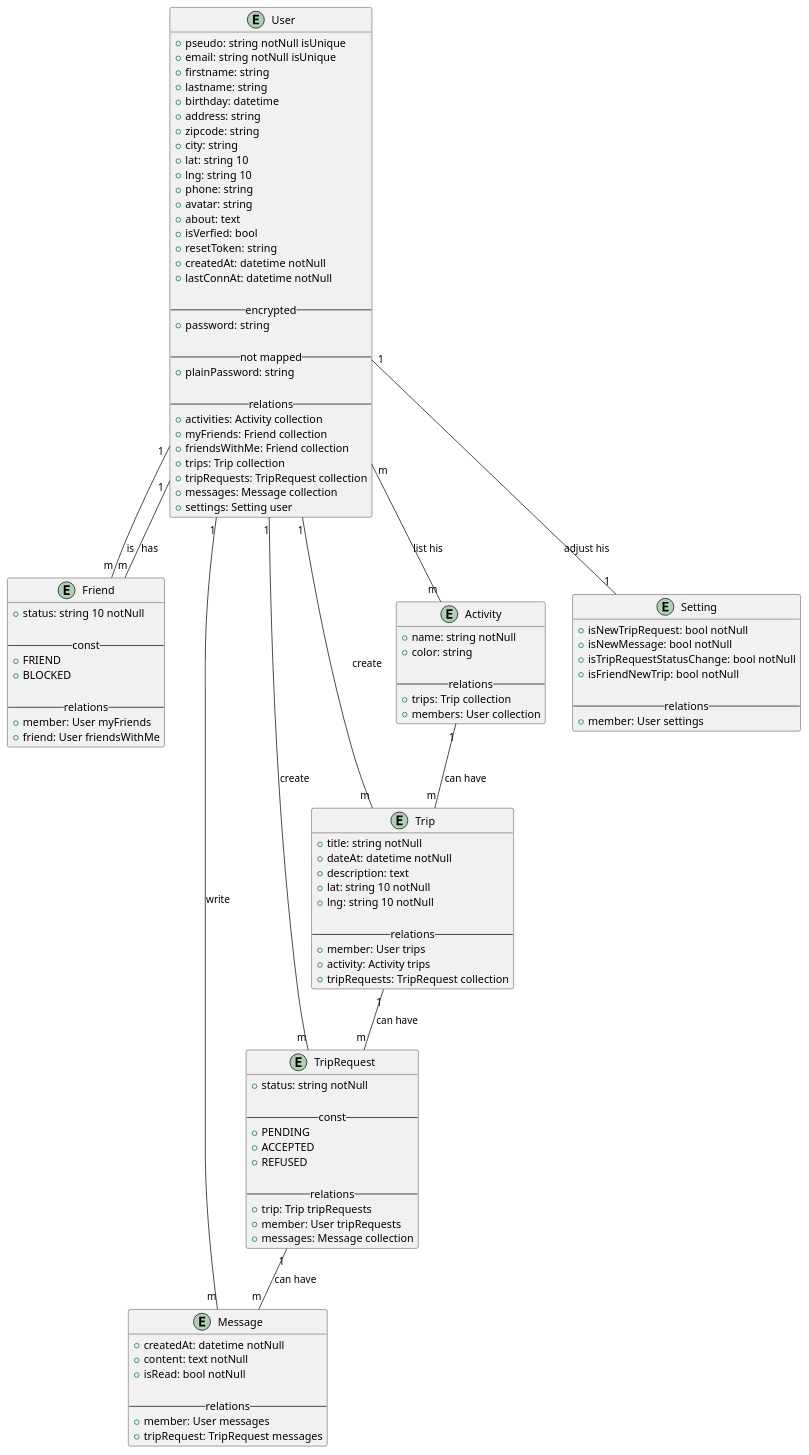
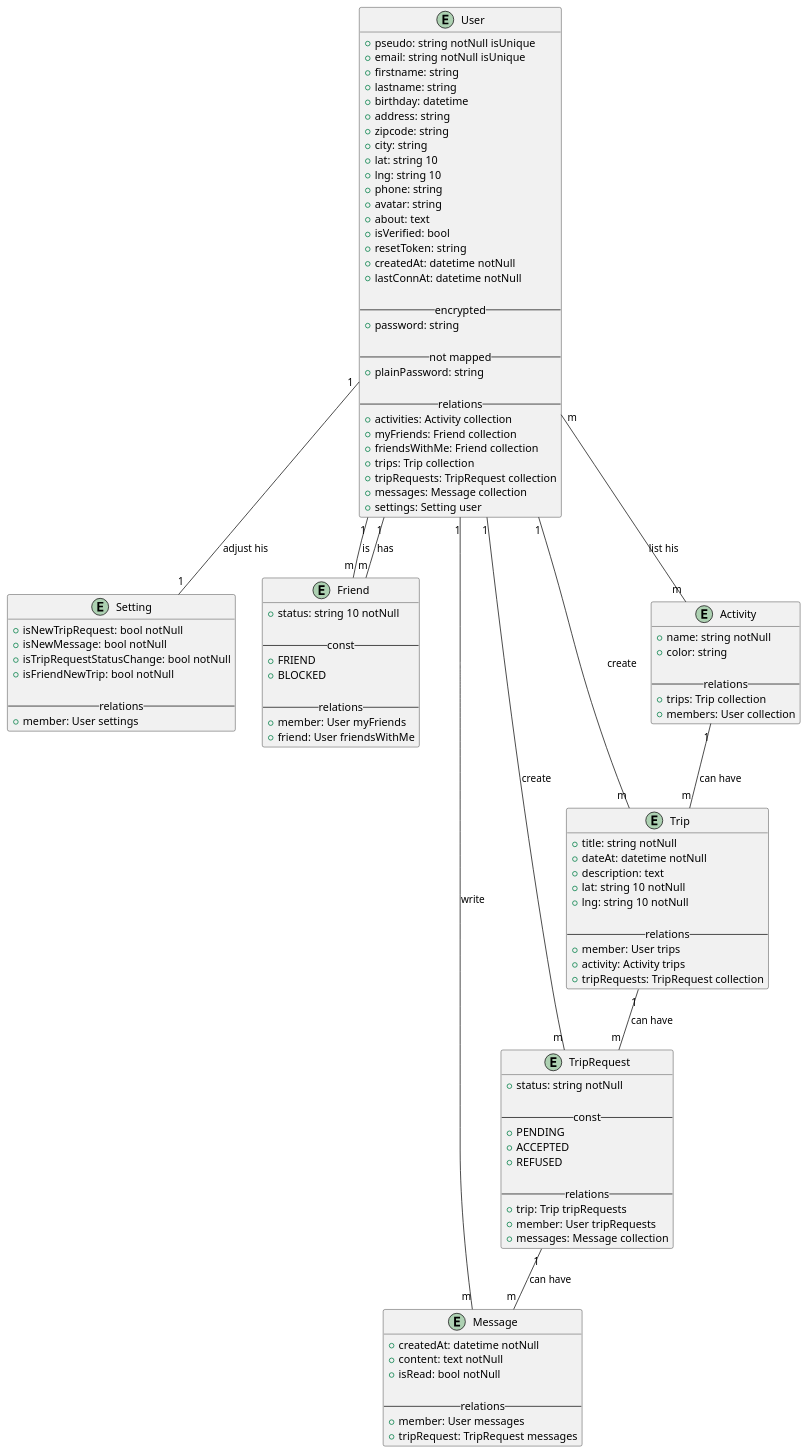
The diagram in docs/entities.pu (canyonx/organize), drawn with PlantUML before and after one commit. The commit also changed 15 other files, not shown here.

```diff
--- a/docs/entities.pu
+++ b/docs/entities.pu
@@ -1,118 +1,118 @@
 @startuml entities
 
 entity User {
   + pseudo: string notNull isUnique
   + email: string notNull isUnique
   + firstname: string 
   + lastname: string
   + birthday: datetime
   + address: string
   + zipcode: string
   + city: string
   + lat: string 10
   + lng: string 10
   + phone: string 
   + avatar: string
   + about: text
-  + isVerfied: bool
+  + isVerified: bool
   + resetToken: string
   + createdAt: datetime notNull
   + lastConnAt: datetime notNull
 
   -- encrypted --
   + password: string
     
   -- not mapped --
   + plainPassword: string
   
   -- relations --
   + activities: Activity collection
   + myFriends: Friend collection 
   + friendsWithMe: Friend collection 
   + trips: Trip collection 
   + tripRequests: TripRequest collection
   + messages: Message collection
   + settings: Setting user
+}
+
+entity Setting {
+  + isNewTripRequest: bool notNull
+  + isNewMessage: bool notNull
+  + isTripRequestStatusChange: bool notNull
+  + isFriendNewTrip: bool notNull
+  
+  -- relations --
+  + member: User settings
 }
 
 entity Friend {
   + status: string 10 notNull
   
   -- const --
   + FRIEND
   + BLOCKED
   
   -- relations --
   + member: User myFriends
   + friend: User friendsWithMe
 }
 
 entity Trip {
   + title: string notNull
   + dateAt: datetime notNull
   + description: text
   + lat: string 10 notNull
   + lng: string 10 notNull
   
   -- relations --
   + member: User trips
   + activity: Activity trips
   + tripRequests: TripRequest collection
 }
 
 entity Message {
   + createdAt: datetime notNull
   + content: text notNull
   + isRead: bool notNull
   
   -- relations --
   + member: User messages
   + tripRequest: TripRequest messages
 }
 
 entity Activity {
   + name: string notNull
   + color: string
   
   -- relations --
   + trips: Trip collection
   + members: User collection
 }
 
 entity TripRequest {
   + status: string notNull
   
   -- const --
   + PENDING
   + ACCEPTED
   + REFUSED
         
   -- relations --
   + trip: Trip tripRequests
   + member: User tripRequests
   + messages: Message collection
 }
 
-entity Setting {
-  + isNewTripRequest: bool notNull
-  + isNewMessage: bool notNull
-  + isTripRequestStatusChange: bool notNull
-  + isFriendNewTrip: bool notNull
-  
-  -- relations --
-  + member: User settings
-}
-
 User        "1" -- "m"      Friend : has
 User        "1" -- "m"      Friend : is
 User        "1" -- "m"      Trip : create
 User        "1" -- "m"      TripRequest : create
 User        "1" -- "m"      Message : write
 User        "1" -- "1"      Setting : adjust his
 User        "m" -- "m"      Activity : list his
 
 Activity    "1" -- "m"      Trip : can have
 Trip        "1" -- "m"      TripRequest : can have
 TripRequest "1" -- "m"      Message : can have
 
 @enduml
```
